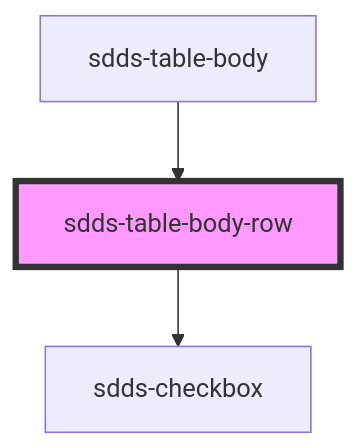
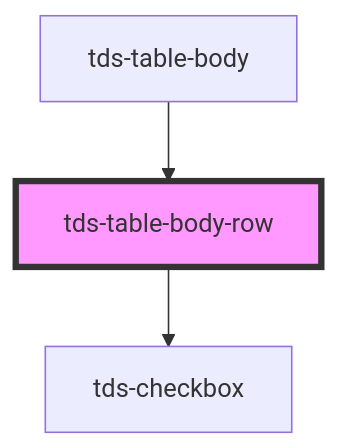
The diagram in core/src/components/table/table-body-row/readme.md (scania-digital-design-system/tegel), drawn with Mermaid before and after one commit. The commit also changed other lines of this file and 41 other files, not shown here.

````diff
--- a/core/src/components/table/table-body-row/readme.md
+++ b/core/src/components/table/table-body-row/readme.md
@@ -19,6 +23,6 @@
 ```mermaid
 graph TD;
-  sdds-table-body-row --> sdds-checkbox
-  sdds-table-body --> sdds-table-body-row
-  style sdds-table-body-row fill:#f9f,stroke:#333,stroke-width:4px
+  tds-table-body-row --> tds-checkbox
+  tds-table-body --> tds-table-body-row
+  style tds-table-body-row fill:#f9f,stroke:#333,stroke-width:4px
 ```
````
